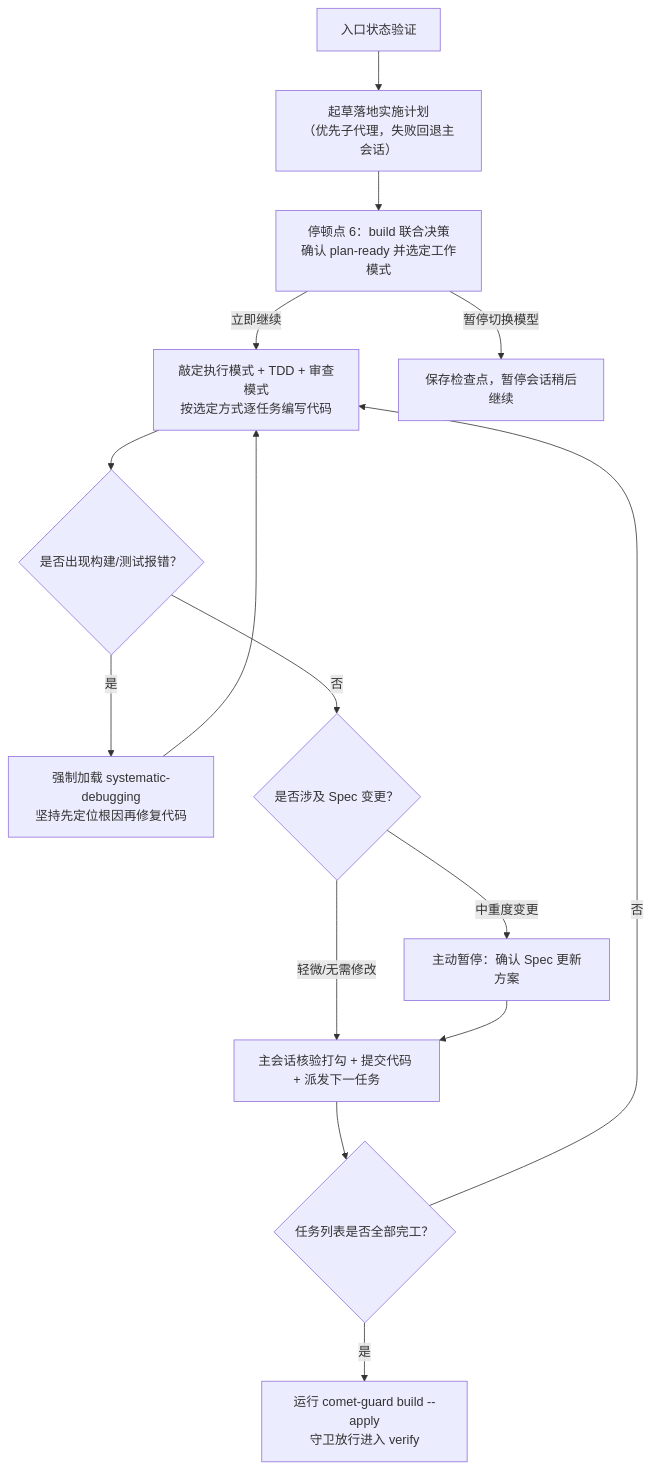
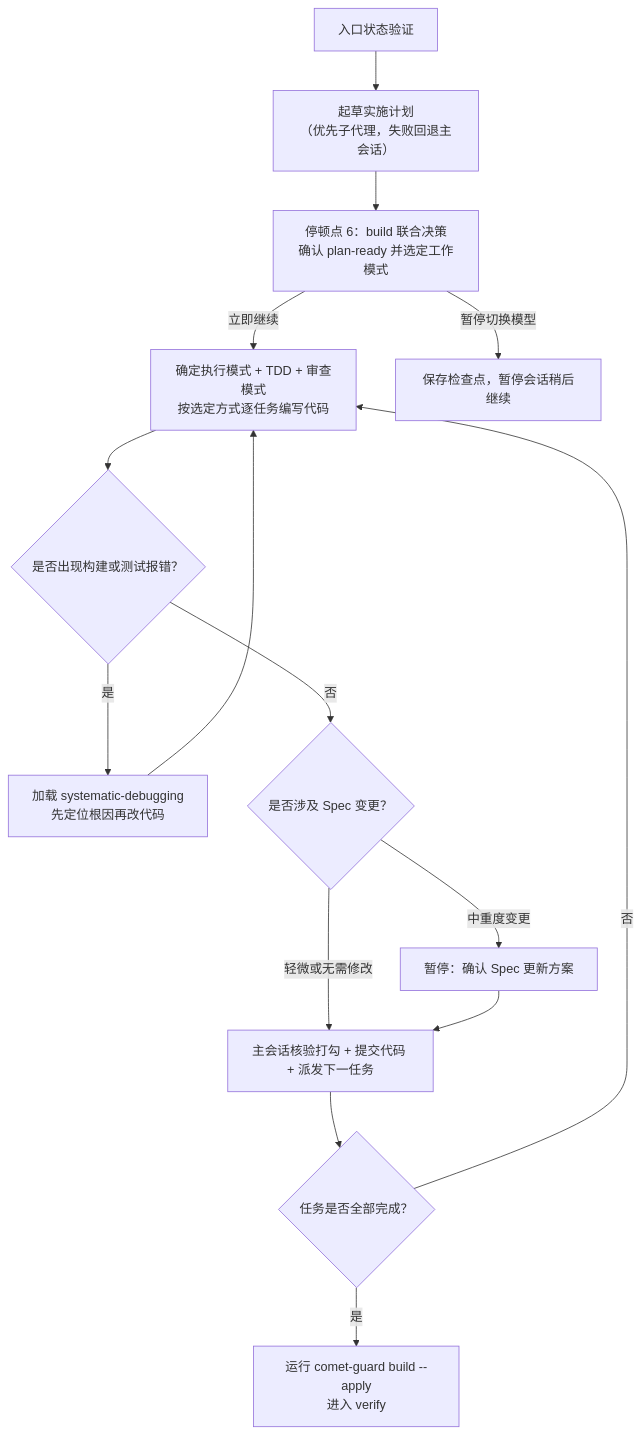
Before and after one commit to rpamis/comet-website-docs: the diagram in zh/phases/build.mdx, drawn with Mermaid. The commit also changed other lines of this file and 102 other files, not shown here.

````diff
--- a/zh/phases/build.mdx
+++ b/zh/phases/build.mdx
@@ -32,17 +32,17 @@
 ```mermaid
 flowchart TD
-    Entry["入口状态验证"] --> S1["起草落地实施计划<br/>（优先子代理，失败回退主会话）"]
+    Entry["入口状态验证"] --> S1["起草实施计划<br/>（优先子代理，失败回退主会话）"]
     S1 --> Stop2["停顿点 6：build 联合决策<br/>确认 plan-ready 并选定工作模式"]
-    Stop2 -->|立即继续| Exec["敲定执行模式 + TDD + 审查模式<br/>按选定方式逐任务编写代码"]
+    Stop2 -->|立即继续| Exec["确定执行模式 + TDD + 审查模式<br/>按选定方式逐任务编写代码"]
     Stop2 -->|暂停切换模型| PauseDone["保存检查点，暂停会话稍后继续"]
-    Exec --> Debug{"是否出现构建/测试报错？"}
-    Debug -->|是| DebugGate["强制加载 systematic-debugging<br/>坚持先定位根因再修复代码"]
+    Exec --> Debug{"是否出现构建或测试报错？"}
+    Debug -->|是| DebugGate["加载 systematic-debugging<br/>先定位根因再改代码"]
     DebugGate --> Exec
     Debug -->|否| SpecUpd{"是否涉及 Spec 变更？"}
-    SpecUpd -->|中重度变更| SpecPause["主动暂停：确认 Spec 更新方案"]
-    SpecUpd -->|轻微/无需修改| TaskLoop["主会话核验打勾 + 提交代码 + 派发下一任务"]
+    SpecUpd -->|中重度变更| SpecPause["暂停：确认 Spec 更新方案"]
+    SpecUpd -->|轻微或无需修改| TaskLoop["主会话核验打勾 + 提交代码 + 派发下一任务"]
     SpecPause --> TaskLoop
-    TaskLoop --> Done{"任务列表是否全部完工？"}
+    TaskLoop --> Done{"任务是否全部完成？"}
     Done -->|否| Exec
-    Done -->|是| Exit["运行 comet-guard build --apply<br/>守卫放行进入 verify"]
+    Done -->|是| Exit["运行 comet-guard build --apply<br/>进入 verify"]
 ```
````
